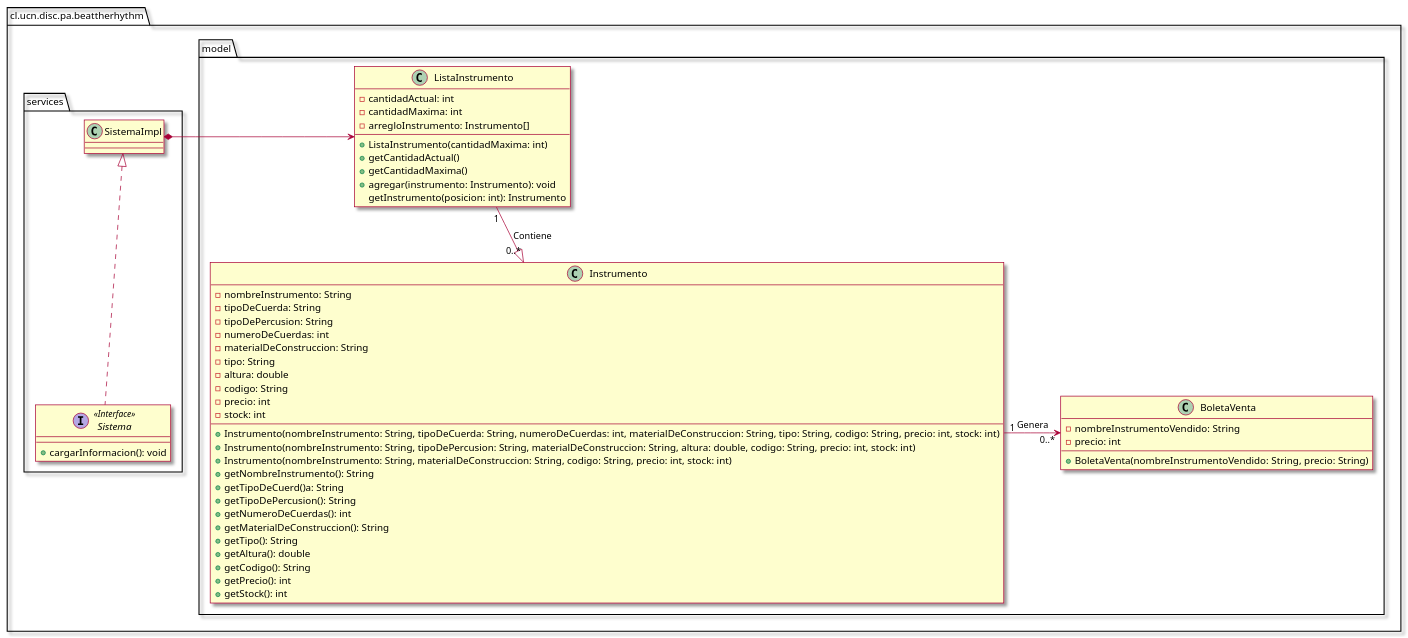
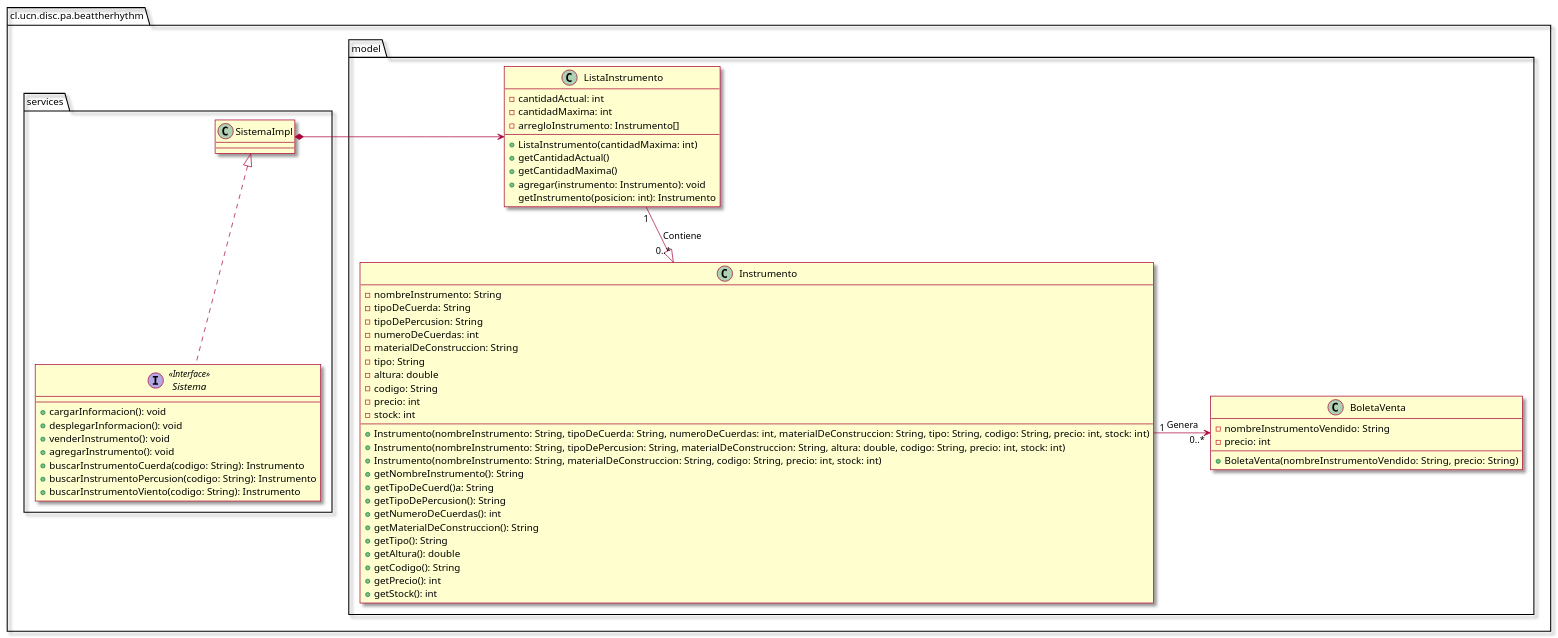
Before and after one commit to BruceMunizaga/Simulador-Inventario: the diagram in clases.puml, drawn with PlantUML. The commit also changed 14 other files, not shown here.

```diff
--- a/clases.puml
+++ b/clases.puml
@@ -1,61 +1,67 @@
 @startuml
 set separator none
 !pragma useIntermediatePackages false
 skin rose
 package cl.ucn.disc.pa.beattherhythm{
     package model{
         class ListaInstrumento{
             -cantidadActual: int
             -cantidadMaxima: int
             -arregloInstrumento: Instrumento[]
             +ListaInstrumento(cantidadMaxima: int)
             +getCantidadActual()
             +getCantidadMaxima()
             +agregar(instrumento: Instrumento): void
             getInstrumento(posicion: int): Instrumento
         }
         class Instrumento{
             -nombreInstrumento: String
             -tipoDeCuerda: String
             -tipoDePercusion: String
             -numeroDeCuerdas: int
             -materialDeConstruccion: String
             -tipo: String
             -altura: double
             -codigo: String
             -precio: int
             -stock: int
             +Instrumento(nombreInstrumento: String, tipoDeCuerda: String, numeroDeCuerdas: int, materialDeConstruccion: String, tipo: String, codigo: String, precio: int, stock: int)
             +Instrumento(nombreInstrumento: String, tipoDePercusion: String, materialDeConstruccion: String, altura: double, codigo: String, precio: int, stock: int)
             +Instrumento(nombreInstrumento: String, materialDeConstruccion: String, codigo: String, precio: int, stock: int)
             +getNombreInstrumento(): String
             +getTipoDeCuerd()a: String
             +getTipoDePercusion(): String
             +getNumeroDeCuerdas(): int
             +getMaterialDeConstruccion(): String
             +getTipo(): String
             +getAltura(): double
             +getCodigo(): String
             +getPrecio(): int
             +getStock(): int
         }
 
         class BoletaVenta{
         -nombreInstrumentoVendido: String
         -precio: int
         +BoletaVenta(nombreInstrumentoVendido: String, precio: String)
         }
     }
     package services{
         interface Sistema <<Interface>>{
             +cargarInformacion(): void
+            +desplegarInformacion(): void
+            +venderInstrumento(): void
+            +agregarInstrumento(): void
+            +buscarInstrumentoCuerda(codigo: String): Instrumento
+            +buscarInstrumentoPercusion(codigo: String): Instrumento
+            +buscarInstrumentoViento(codigo: String): Instrumento
         }
         class SistemaImpl{
         }
     }
 }
 SistemaImpl *-> ListaInstrumento
 ListaInstrumento "1"--|>"0..*" Instrumento: Contiene
 Instrumento "1"-> "0..*"BoletaVenta: Genera
 SistemaImpl <|.. Sistema
 @enduml
```
